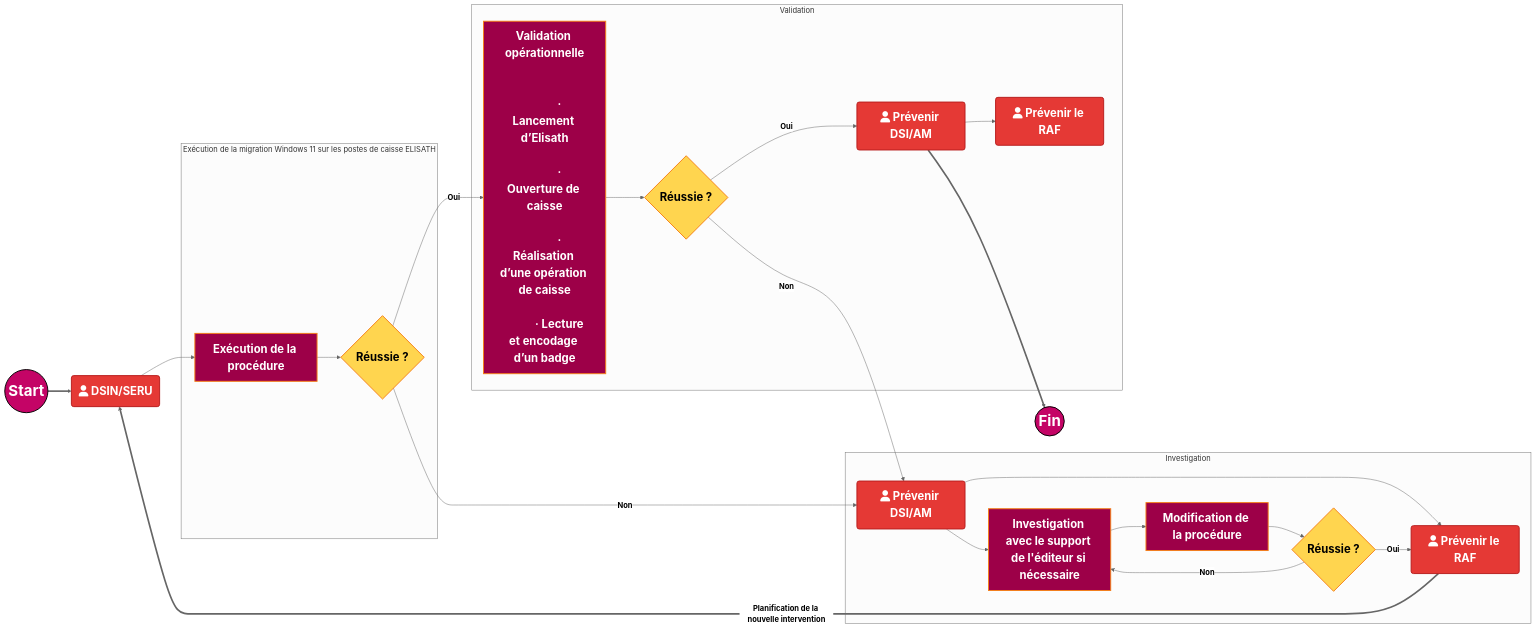
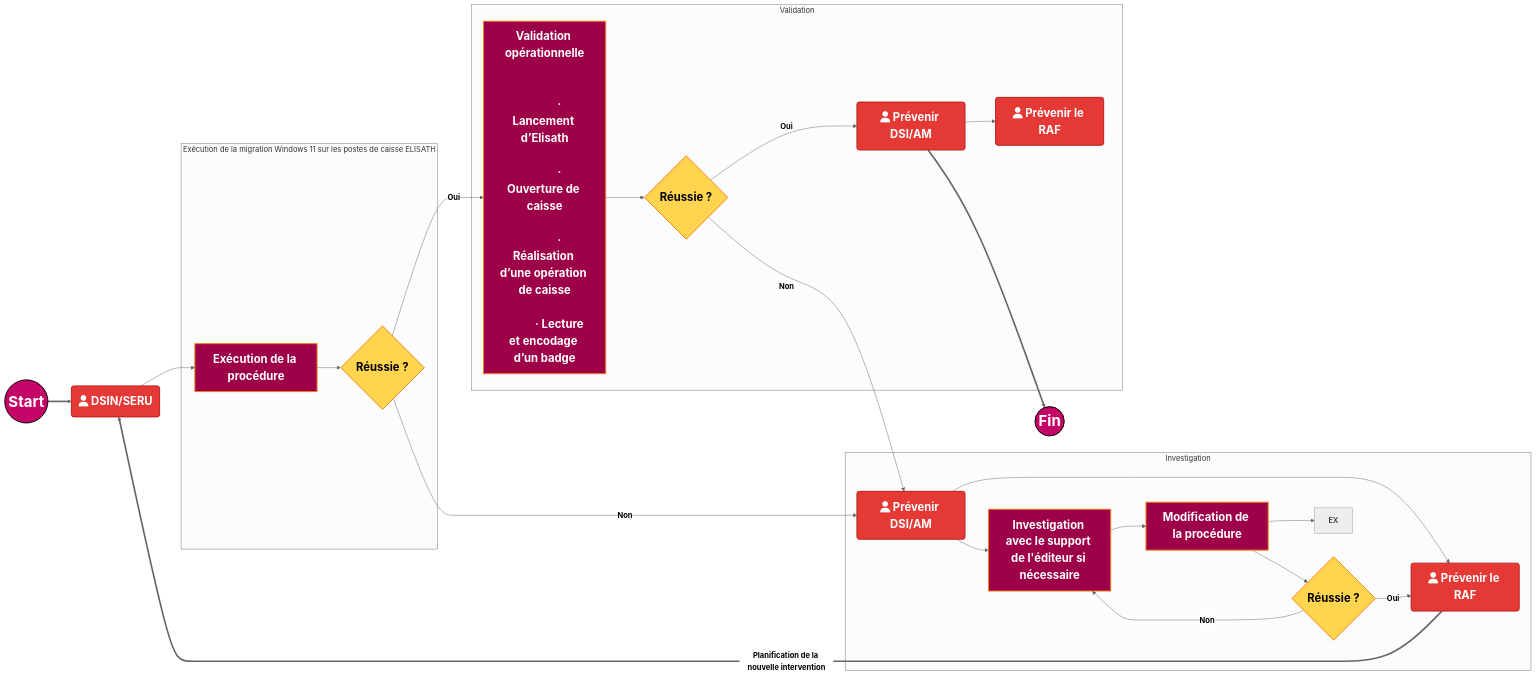
The diagram in all/Flux de validation.md (fdadda/iodraw-files), drawn with Mermaid (neutral theme) before and after one commit.

Commit message:
2026-05-12 17:17:07 update

````diff
--- a/all/Flux de validation.md
+++ b/all/Flux de validation.md
@@ -1,63 +1,63 @@
 ```mermaid
 flowchart LR
 
     start((Start)) ==> A
     A(fa:fa-user DSIN/SERU) --> B[Exécution de la procédure]
 
     subgraph Exécution de la migration Windows 11 sur les postes de caisse ELISATH
         B --> C{Réussie ?}
     end
 
     subgraph Validation
         C -->|<b>Oui</b>| D["Validation opérationnelle<br/><br/>
             · Lancement d’Elisath<br/>
             · Ouverture de caisse<br/>
             · Réalisation d’une opération de caisse<br/>
             · Lecture et encodage d’un badge"]
 
         D --> Val{Réussie ?}
 
         Val -->|<b>Oui</b>| PrevDSI(fa:fa-user Prévenir DSI/AM)
        
        
         PrevDSI  --> PrevRAF(fa:fa-user Prévenir le RAF)
     end
      PrevDSI ==> fin((Fin))
     Val --> |<b>Non</b>| E
     subgraph Investigation
         C --> |<b>Non</b>| E(fa:fa-user Prévenir DSI/AM)
         E --> F(fa:fa-user Prévenir le RAF)
         E --> G[Investigation avec le support de l'éditeur si nécessaire]
         G --> H[Modification de la procédure]
-        
+        H --> EX
         H --> I{Réussie ?}
         I -->|<b>Oui</b>| F
         I -->|<b>Non</b>| G
     end
 
     F ==>|<b>Planification de la nouvelle intervention</b>| A
 
     %% --- STYLES ---
     classDef StartEndPoint  fill:#c40466,stroke:#000,color:#fff,stroke-width:2px,font-size:32px,font-weight:bold;
     classDef Decision       fill:#ffd54f,stroke:#f57f17,color:#000,stroke-width:2px,font-size:24px,font-weight:bold;
     classDef Action         fill:#9d0048,stroke:#f57f17,color:#fff,stroke-width:2px,font-size:24px,font-weight:bold;
     classDef Error          fill:#e53935,stroke:#b71c1c,color:#fff,stroke-width:2px,font-size:24px,font-weight:bold;
 
     %% --- AFFECTATION DES CLASSES ---
     class start,fin StartEndPoint;
     class C,I,Val Decision;
     class A,E,F,PrevDSI,PrevRAF Error;
     class B,D,G,H Action;
     %% --- “CEINTURE + BRETELLES” (force le style sur les 2 nœuds) ---
     %%style start font-size:32px,font-weight:bold
     %%style fin   font-size:32px,font-weight:bold
 
     %% --- Codes couleur (commentaires) ---
     %% Bleu marine #000080
     %% Midnight blue #191970
     %% Bleu foncé intense #080F70
     %% Bleu foncé moderne #111184
     %% Orange #ffd54f
     %% Rouge #e53935
     %% Rose CAPI #c40466
 ```
````
